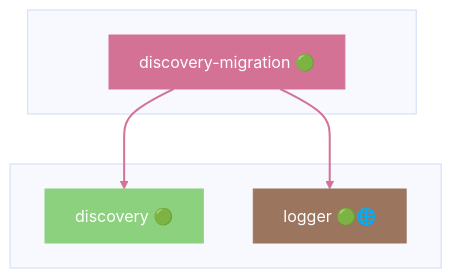
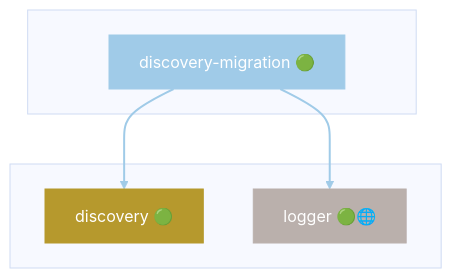
One commit to grest-ts/grest-ts changed diagram 17 of 45 in docs/DEPENDENCIES.md. Above: the diagram before and after it, drawn with Mermaid (base theme). The commit also changed other lines of this file and 6 other files, not shown here.

````diff
--- a/docs/DEPENDENCIES.md
+++ b/docs/DEPENDENCIES.md
@@ -887,17 +909,17 @@
 ```mermaid
 flowchart TB
     subgraph Package[" "]
         discovery-migration["discovery-migration 🟢"]
     end
     subgraph Dependencies[" "]
         discovery["discovery 🟢"]
         logger["logger 🟢🌐"]
     end
     discovery-migration --> discovery
     discovery-migration --> logger
-    style discovery-migration fill:#D37295,stroke:#D37295,color:#fff
-    style discovery fill:#8CD17D,stroke:#8CD17D,color:#fff
-    style logger fill:#9C755F,stroke:#9C755F,color:#fff
-    linkStyle 0 stroke:#D37295,stroke-width:2px
-    linkStyle 1 stroke:#D37295,stroke-width:2px
+    style discovery-migration fill:#A0CBE8,stroke:#A0CBE8,color:#fff
+    style discovery fill:#B6992D,stroke:#B6992D,color:#fff
+    style logger fill:#BAB0AC,stroke:#BAB0AC,color:#fff
+    linkStyle 0 stroke:#A0CBE8,stroke-width:2px
+    linkStyle 1 stroke:#A0CBE8,stroke-width:2px
 ```
````
